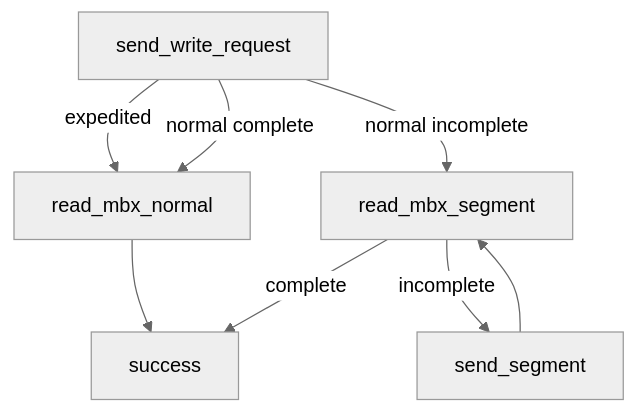
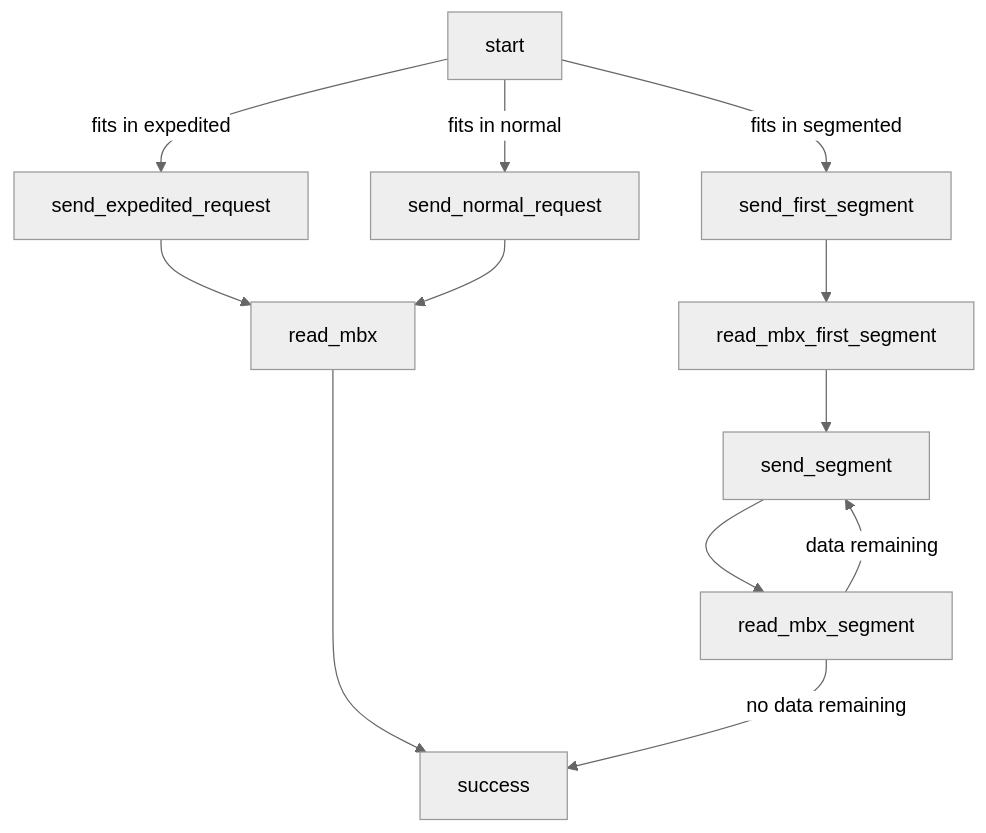
The second of 2 diagrams in src/mailbox/design.md (kj4tmp/gatorcat), drawn with Mermaid (neutral theme) before and after one commit. The commit also changed 4 other files, not shown here.

````diff
--- a/src/mailbox/design.md
+++ b/src/mailbox/design.md
@@ -27,11 +27,16 @@
 ```mermaid
-graph TB;  
-    send_write_request -->|expedited| read_mbx_normal;
-    send_write_request -->|normal complete| read_mbx_normal;
-    read_mbx_normal --> success;
-    send_write_request -->|normal incomplete| read_mbx_segment;
-    read_mbx_segment -->|incomplete| send_segment;
-    read_mbx_segment -->|complete|success;
+graph TB;
+    start --> |fits in expedited| send_expedited_request;
+    send_expedited_request --> read_mbx;
+    read_mbx --> success
+    start --> |fits in normal| send_normal_request;
+    send_normal_request --> read_mbx;
+    start --> |fits in segmented| send_first_segment;
+    send_first_segment --> read_mbx_first_segment;
+    read_mbx_first_segment --> send_segment;
     send_segment --> read_mbx_segment;
+    read_mbx_segment --> |data remaining| send_segment;
+    read_mbx_segment --> |no data remaining| success;
+
 
 ```
````
